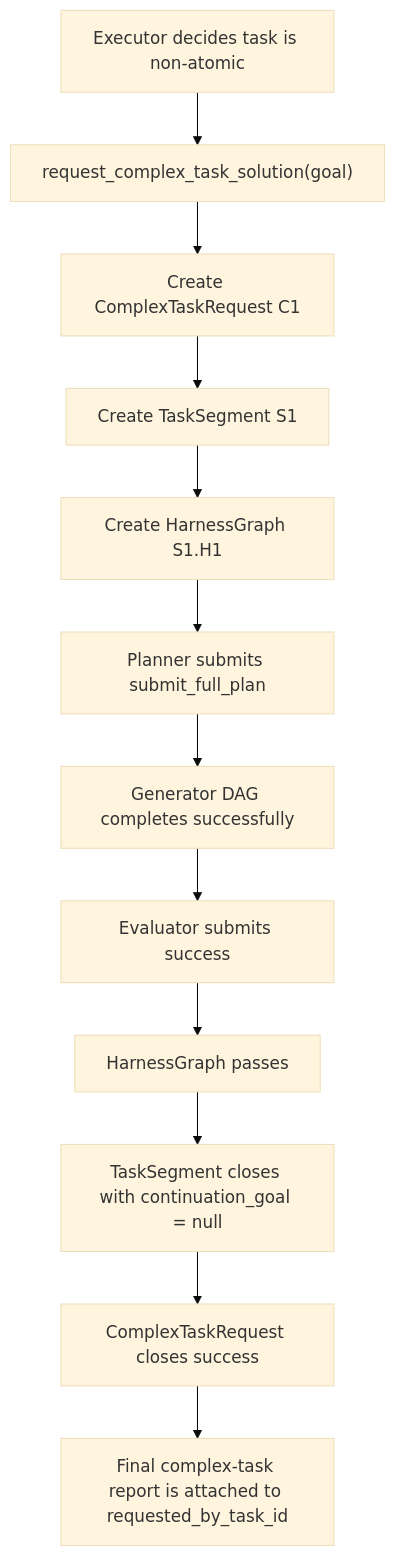
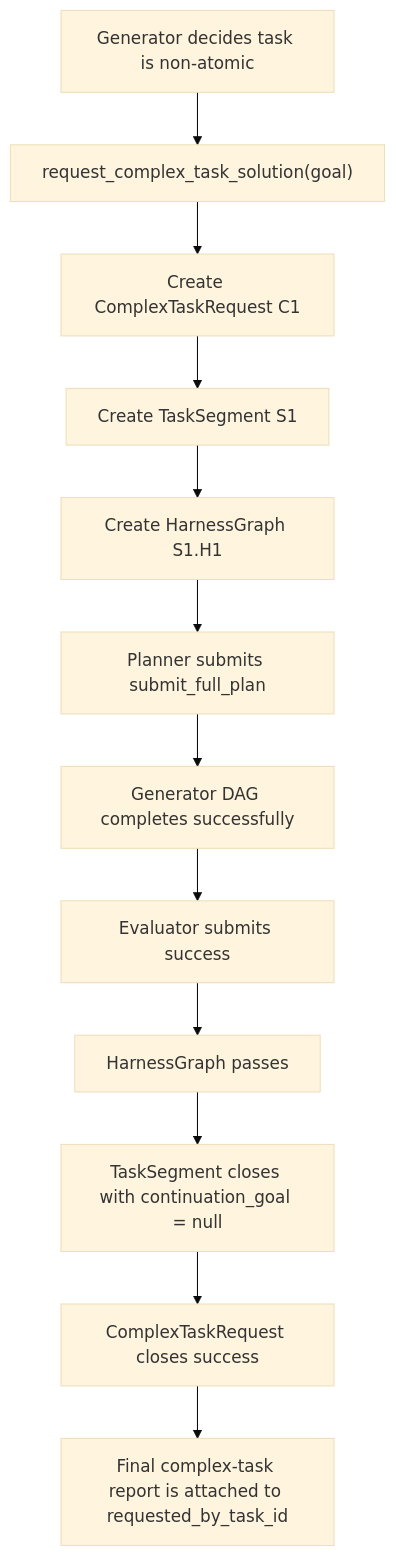
One commit to Ephemeral-AI-Lab/ephemeral-os changed the sixth of 9 diagrams in docs/architecture/task-center-harness-migration/complex-task-workflow-overview.md. Above: the diagram before and after it, drawn with Mermaid (base theme). The commit also changed other lines of this file and 25 other files, not shown here.

Commit message:
Refine complex task generator handoff

````diff
--- a/docs/architecture/task-center-harness-migration/complex-task-workflow-overview.md
+++ b/docs/architecture/task-center-harness-migration/complex-task-workflow-overview.md
@@ -150,14 +150,14 @@
 ```mermaid
 flowchart TD
-    E["Executor decides task is non-atomic"] --> Request["request_complex_task_solution(goal)"]
+    E["Generator decides task is non-atomic"] --> Request["request_complex_task_solution(goal)"]
     Request --> C["Create ComplexTaskRequest C1"]
     C --> S1["Create TaskSegment S1"]
     S1 --> H1["Create HarnessGraph S1.H1"]
     H1 --> P["Planner submits submit_full_plan"]
     P --> G["Generator DAG completes successfully"]
     G --> V["Evaluator submits success"]
     V --> HP["HarnessGraph passes"]
     HP --> SC["TaskSegment closes with continuation_goal = null"]
     SC --> RC["ComplexTaskRequest closes success"]
     RC --> Report["Final complex-task report is attached to requested_by_task_id"]
 ```
````
